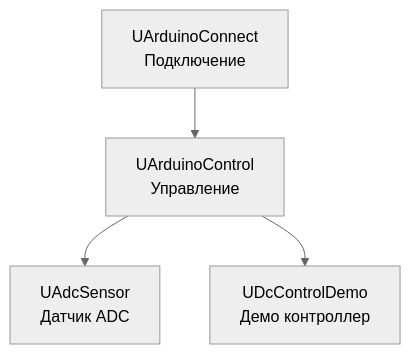
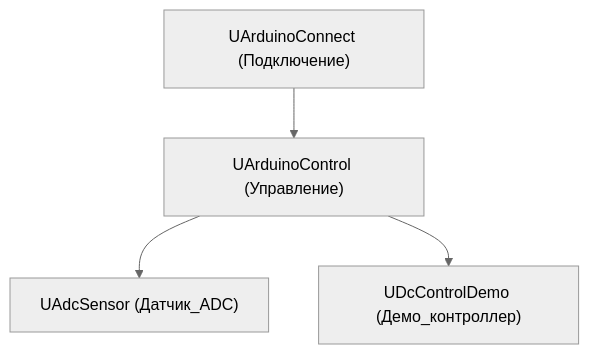
Before and after one commit to aicommunity/Rdk-HardwareLib: the first of 2 diagrams in Docs/Architecture.md, drawn with Mermaid (neutral theme). The commit also changed other lines of this file, not shown here.

````diff
--- a/Docs/Architecture.md
+++ b/Docs/Architecture.md
@@ -11,11 +11,11 @@
 ```mermaid
 flowchart TB
-    UArduinoConnect[UArduinoConnect<br/>Подключение]
-    UArduinoControl[UArduinoControl<br/>Управление]
-    UAdcSensor[UAdcSensor<br/>Датчик ADC]
-    UDcControlDemo[UDcControlDemo<br/>Демо контроллер]
+    UArduinoConnect["UArduinoConnect (Подключение)"]
+    UArduinoControl["UArduinoControl (Управление)"]
+    UAdcSensor["UAdcSensor (Датчик_ADC)"]
+    UDcControlDemo["UDcControlDemo (Демо_контроллер)"]
     
     UArduinoConnect --> UArduinoControl
     UArduinoControl --> UAdcSensor
     UArduinoControl --> UDcControlDemo
 ```
````
